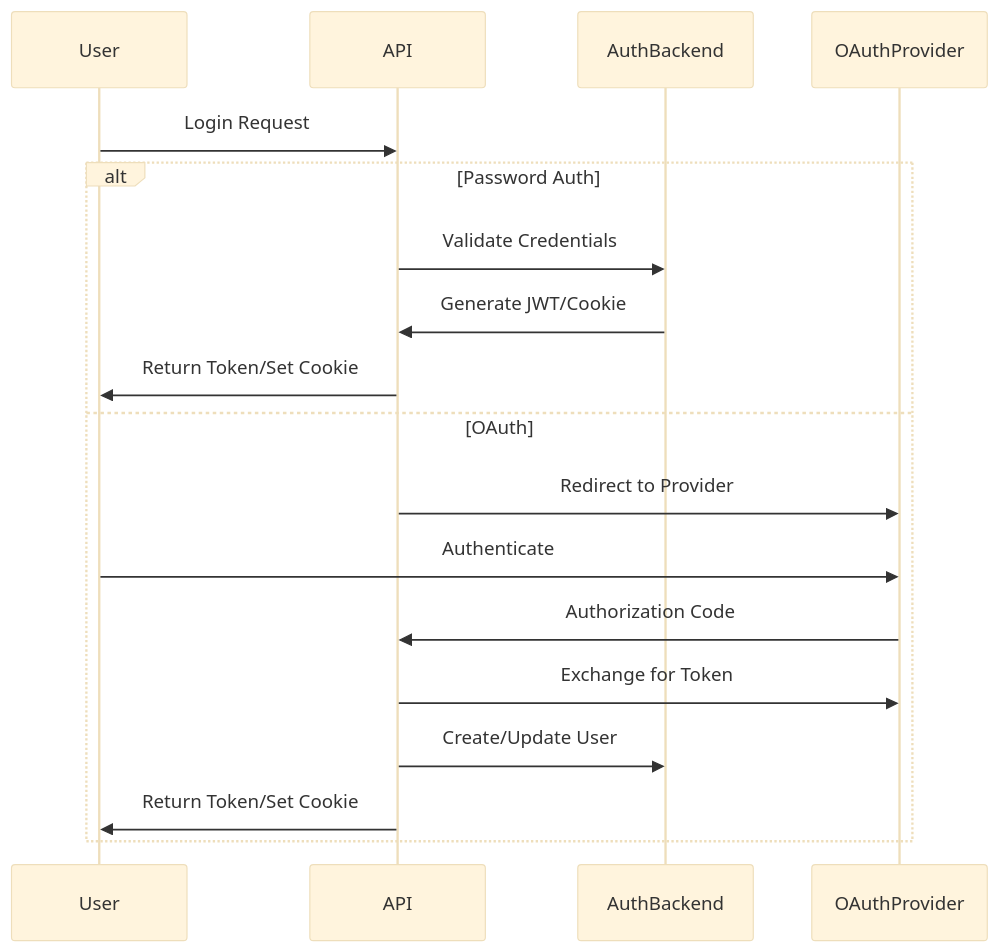
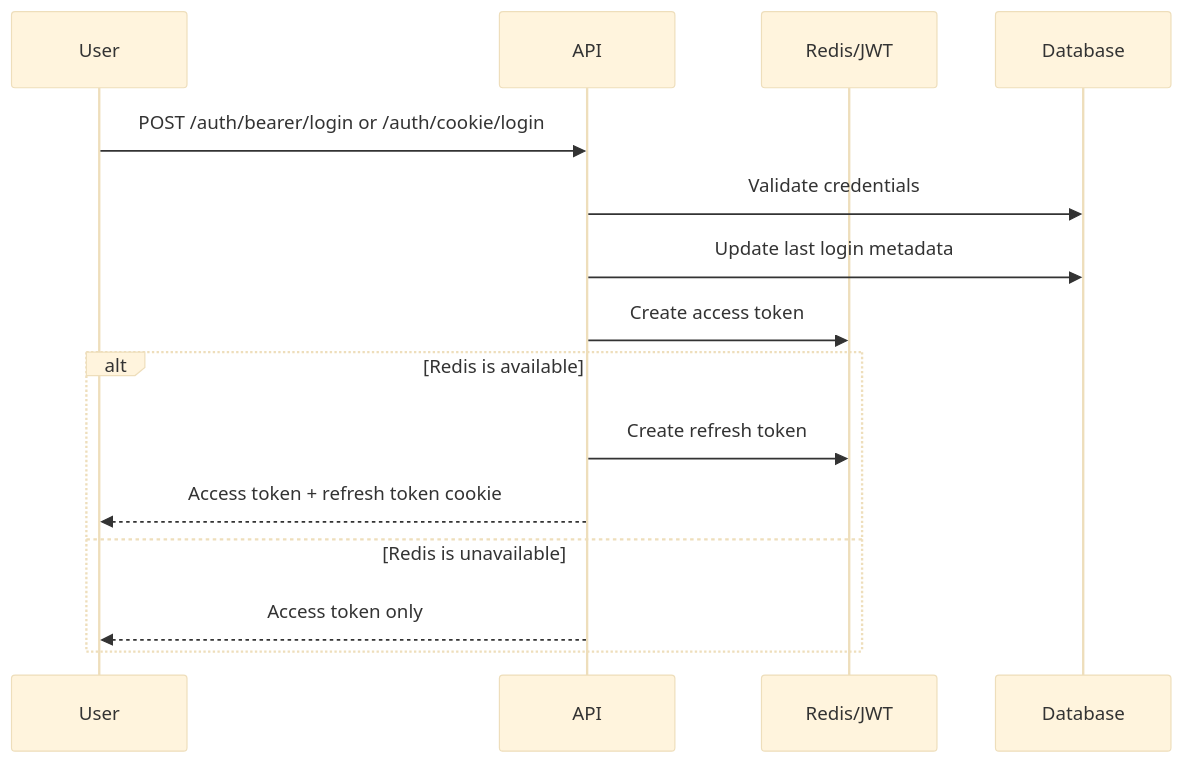
The first of 3 diagrams in docs/docs/architecture/auth.md (CMLPlatform/relab), drawn with Mermaid (base theme) before and after one commit. The commit also changed other lines of this file and 41 other files, not shown here.

````diff
--- a/docs/docs/architecture/auth.md
+++ b/docs/docs/architecture/auth.md
@@ -5,21 +27,18 @@
 ```mermaid
 sequenceDiagram
     participant User
     participant API
-    participant AuthBackend
-    participant OAuthProvider
+    participant TokenStore as Redis/JWT
+    participant DB as Database
 
-    User->>API: Login Request
-    alt Password Auth
-        API->>AuthBackend: Validate Credentials
-        AuthBackend->>API: Generate JWT/Cookie
-        API->>User: Return Token/Set Cookie
-    else OAuth
-        API->>OAuthProvider: Redirect to Provider
-        User->>OAuthProvider: Authenticate
-        OAuthProvider->>API: Authorization Code
-        API->>OAuthProvider: Exchange for Token
-        API->>AuthBackend: Create/Update User
-        API->>User: Return Token/Set Cookie
+    User->>API: POST /auth/bearer/login or /auth/cookie/login
+    API->>DB: Validate credentials
+    API->>DB: Update last login metadata
+    API->>TokenStore: Create access token
+    alt Redis is available
+        API->>TokenStore: Create refresh token
+        API-->>User: Access token + refresh token cookie
+    else Redis is unavailable
+        API-->>User: Access token only
     end
 ```
````
